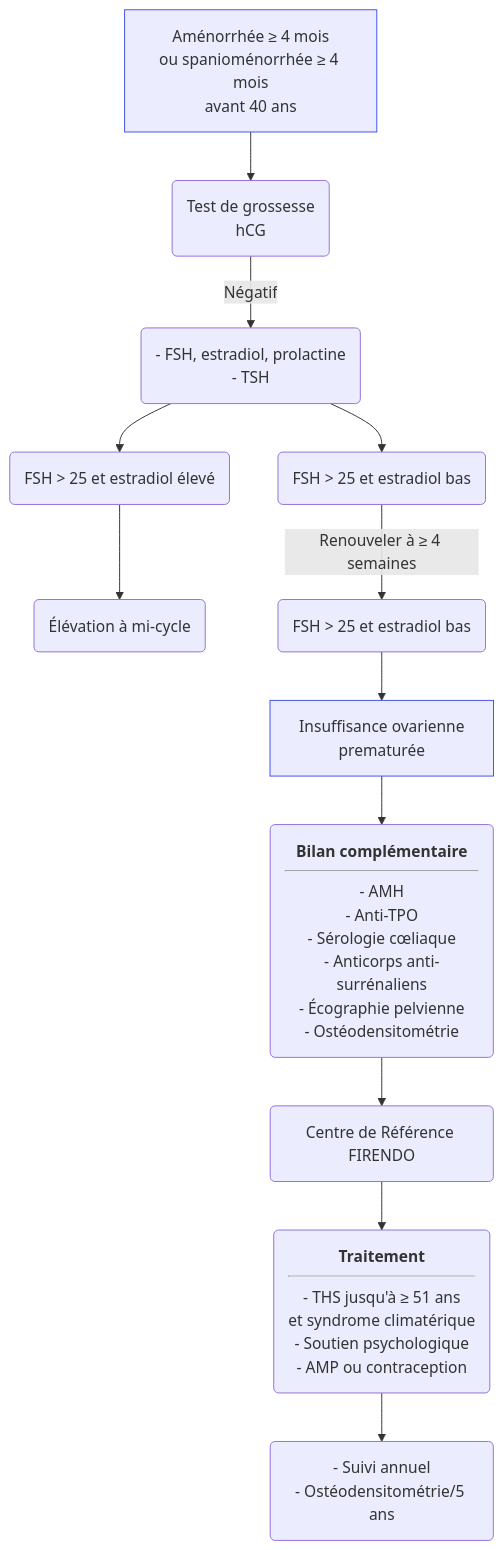
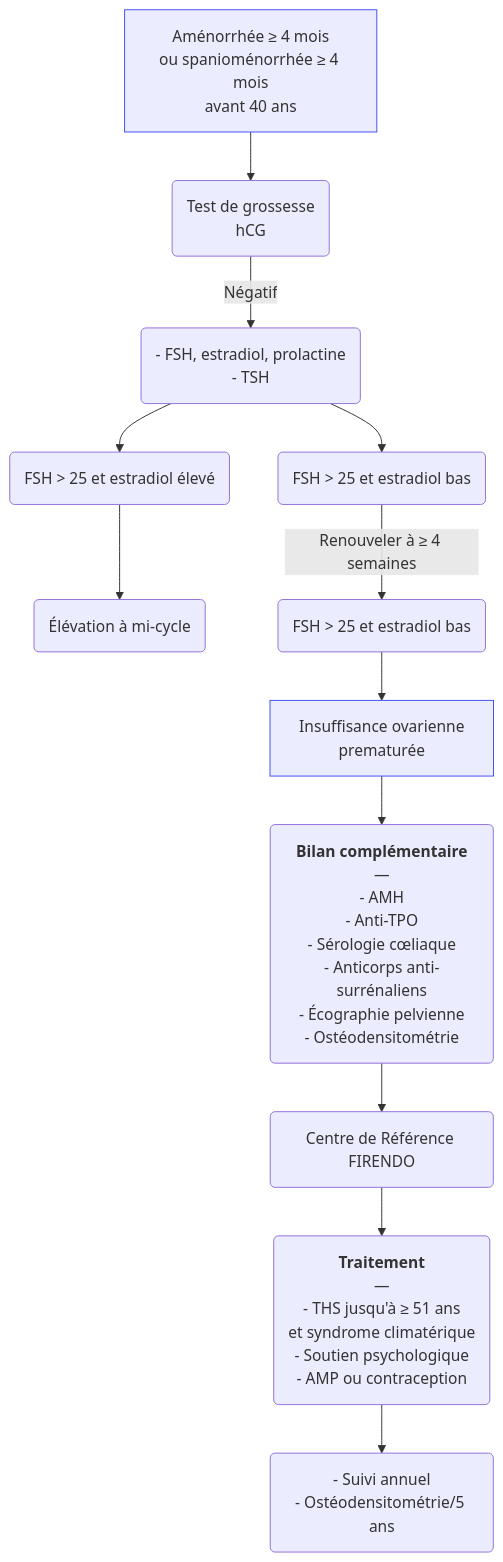
Before and after one commit to djibe/recommandations-medicales: the diagram in content/recommandations/insuffisance-ovarienne-prematuree.md, drawn with Mermaid. The commit also changed 51 other files, not shown here.

```diff
--- a/content/recommandations/insuffisance-ovarienne-prematuree.md
+++ b/content/recommandations/insuffisance-ovarienne-prematuree.md
@@ -227,10 +227,10 @@
 {{< mermaid title="Conduite à tenir pour le diagnostic et la prise en charge de l'insuffisance ovarienne prématurée (ex ménopause précoce). Dr JB Fron d'après HAS 2021 et Cox et Liu 2014" >}}
 graph TB
   amenorrhee["Aménorrhée ≥ 4 mois<br>ou spanioménorrhée ≥ 4 mois<br>avant 40 ans"] --> hcg(Test de grossesse<br>hCG)
   style amenorrhee stroke:#4150f5, stroke-width:1px
     hcg -- Négatif --> dosage("- FSH, estradiol, prolactine<br>- TSH")
       dosage --> estradiolEleve("FSH &gt; 25 et estradiol élevé") --> micycle(Élévation à mi-cycle)
       dosage --> estradiolBas("FSH &gt; 25 et estradiol bas") -- "Renouveler à ≥ 4 semaines" --> confirmation("FSH &gt; 25 et estradiol bas") --> diagnostic[Insuffisance ovarienne<br>prematurée]
       style diagnostic stroke:#4150f5, stroke-width:1px
-      diagnostic --> complementaire("<b>Bilan complémentaire</b><hr>- AMH<br>- Anti-TPO<br>- Sérologie cœliaque<br>- Anticorps anti-surrénaliens<br>- Écographie pelvienne<br>- Ostéodensitométrie") --> spe(Centre de Référence FIRENDO) --> traitement("<b>Traitement</b><hr>- THS jusqu'à ≥ 51 ans<br>et syndrome climatérique<br>- Soutien psychologique<br>- AMP ou contraception") --> suivi("- Suivi annuel<br>- Ostéodensitométrie/5 ans")
+      diagnostic --> complementaire("<b>Bilan complémentaire</b><br>—<br>- AMH<br>- Anti-TPO<br>- Sérologie cœliaque<br>- Anticorps anti-surrénaliens<br>- Écographie pelvienne<br>- Ostéodensitométrie") --> spe(Centre de Référence FIRENDO) --> traitement("<b>Traitement</b><br>—<br>- THS jusqu'à ≥ 51 ans<br>et syndrome climatérique<br>- Soutien psychologique<br>- AMP ou contraception") --> suivi("- Suivi annuel<br>- Ostéodensitométrie/5 ans")
 {{< /mermaid >}}
```
